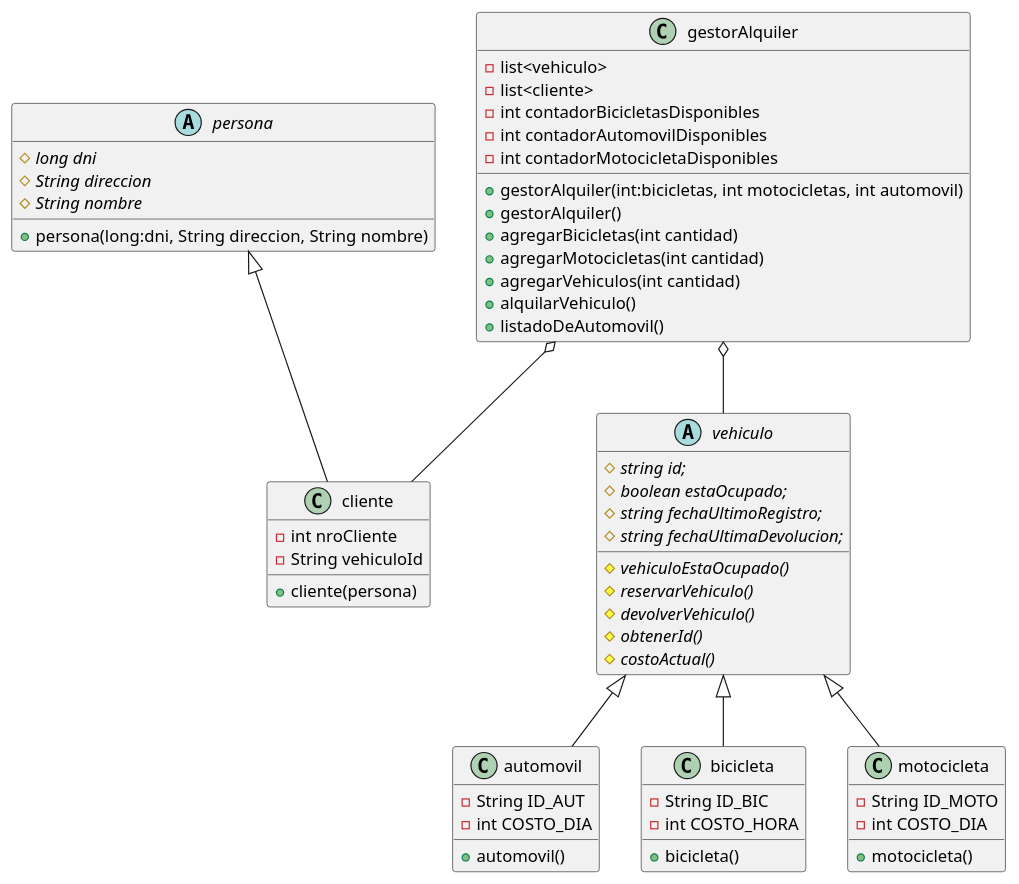
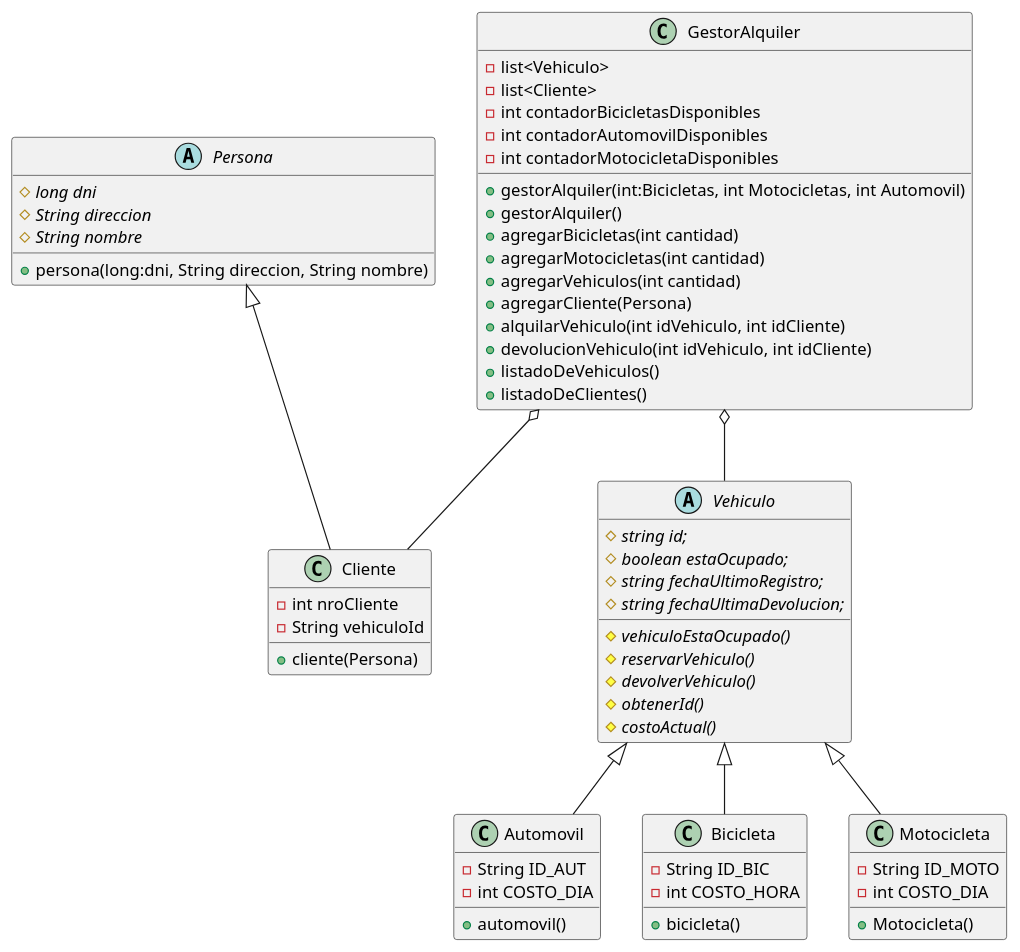
Before and after one commit to LauraMont/POO-UADE: the diagram in Clase3/classDiagram.puml, drawn with PlantUML.

Commit message:
Se arreglaron nombre de clases y se agregaron algunos metodos

```diff
--- a/Clase3/classDiagram.puml
+++ b/Clase3/classDiagram.puml
@@ -1,76 +1,80 @@
 @startuml
 
-class           persona
-abstract        vehiculo
-class           cliente
-class           automovil
-class           bicicleta
-class           motocicleta
-class           gestorAlquiler
+class           Persona
+abstract        Vehiculo
+class           Cliente
+class           Automovil
+class           Bicicleta
+class           Motocicleta
+class           GestorAlquiler
 
-vehiculo <|-- bicicleta
-vehiculo <|-- automovil
-vehiculo <|-- motocicleta
-gestorAlquiler o-- cliente
-gestorAlquiler o-- vehiculo
-persona <|-- cliente
+Vehiculo <|-- Bicicleta
+Vehiculo <|-- Automovil
+Vehiculo <|-- Motocicleta
+GestorAlquiler o-- Cliente
+GestorAlquiler o-- Vehiculo
 
-abstract persona{
+Persona <|-- Cliente
+
+abstract Persona{
      # {abstract} long dni
      # {abstract} String direccion
      # {abstract} String nombre
      + persona(long:dni, String direccion, String nombre)
 }
 
-class cliente{
+class Cliente{
      - int nroCliente
      - String vehiculoId
-     + cliente(persona)
+     + cliente(Persona)
 }
 
-class gestorAlquiler{
-    - list<vehiculo>
-    - list<cliente>
+class GestorAlquiler{
+    - list<Vehiculo>
+    - list<Cliente>
     - int contadorBicicletasDisponibles
     - int contadorAutomovilDisponibles
     - int contadorMotocicletaDisponibles
-    + gestorAlquiler(int:bicicletas, int motocicletas, int automovil)
+    + gestorAlquiler(int:Bicicletas, int Motocicletas, int Automovil)
     + gestorAlquiler()
     + agregarBicicletas(int cantidad)
     + agregarMotocicletas(int cantidad)
     + agregarVehiculos(int cantidad)
-    + alquilarVehiculo()
-    + listadoDeAutomovil()
+    + agregarCliente(Persona)
+    + alquilarVehiculo(int idVehiculo, int idCliente)
+    + devolucionVehiculo(int idVehiculo, int idCliente)
+    + listadoDeVehiculos()
+    + listadoDeClientes()
 }
 
-abstract vehiculo{
+abstract Vehiculo{
      #  {abstract} string id;
      #  {abstract} boolean estaOcupado;
      #  {abstract} string fechaUltimoRegistro;
      #  {abstract} string fechaUltimaDevolucion;
      #  {abstract} vehiculoEstaOcupado()
      #  {abstract} reservarVehiculo()
      #  {abstract} devolverVehiculo()
      #  {abstract} obtenerId()
      #  {abstract} costoActual()
 }
 
-class automovil{
+class Automovil{
      - String ID_AUT
      - int COSTO_DIA
      + automovil()
 }
 
-class bicicleta{
+class Bicicleta{
      - String ID_BIC
      - int COSTO_HORA
      + bicicleta()
 }
 
-class motocicleta{
+class Motocicleta{
      - String ID_MOTO
      - int COSTO_DIA
-     + motocicleta()
+     + Motocicleta()
 }
 
 @enduml
```
